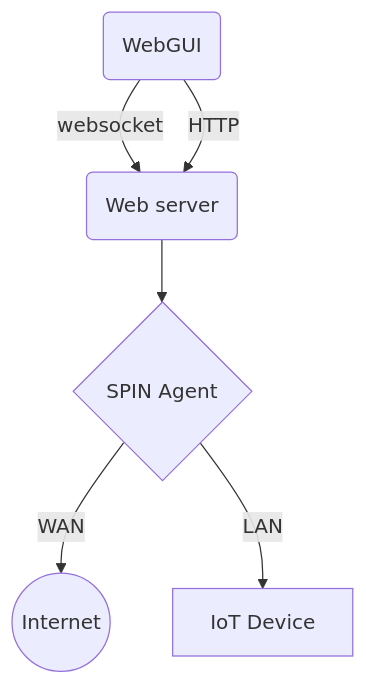
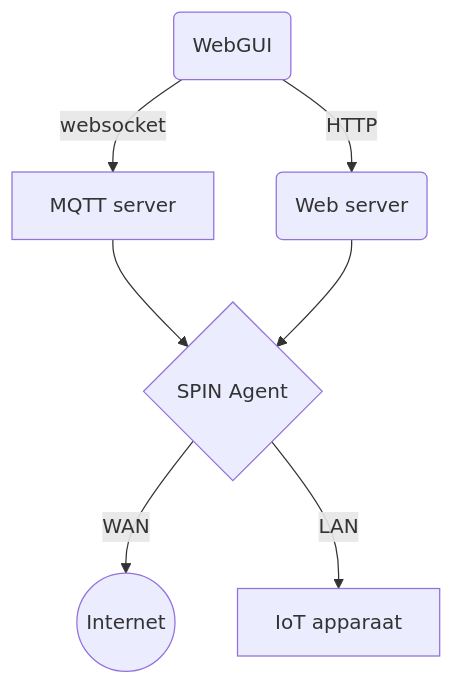
Before and after one commit to SIDN/spinsite: the diagram in www-spin/content/operation/_index.nl.md, drawn with Mermaid. The commit also changed 6 other files, not shown here.

```diff
--- a/www-spin/content/operation/_index.nl.md
+++ b/www-spin/content/operation/_index.nl.md
@@ -15,8 +15,9 @@
 {{<mermaid>}}
 graph TB;
     A(WebGUI) -->|websocket| B[MQTT server]
-    A(WebGUI) -->|HTTP| B(Web server)
-    B --> C{SPIN Agent}
-    C -->|WAN| D((Internet))
-    C -->|LAN| E[IoT Device]
+    A(WebGUI) -->|HTTP| C(Web server)
+    B --> D{SPIN Agent}
+    C --> D{SPIN Agent}
+    D -->|WAN| E((Internet))
+    D -->|LAN| F[IoT apparaat]
 {{< /mermaid >}}
```
